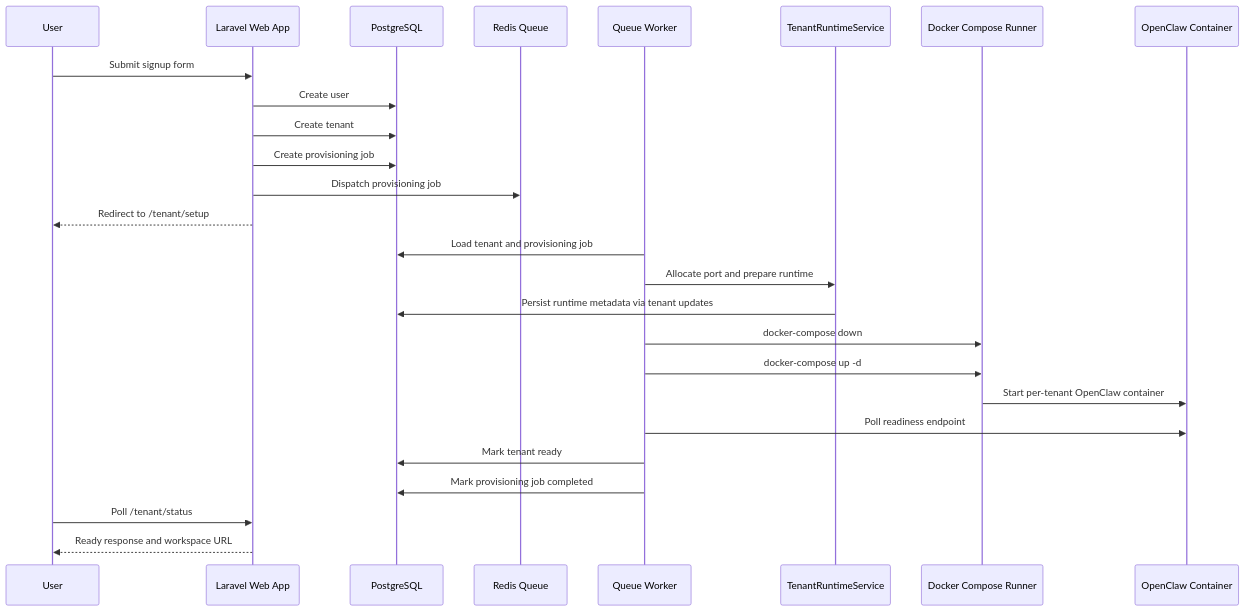
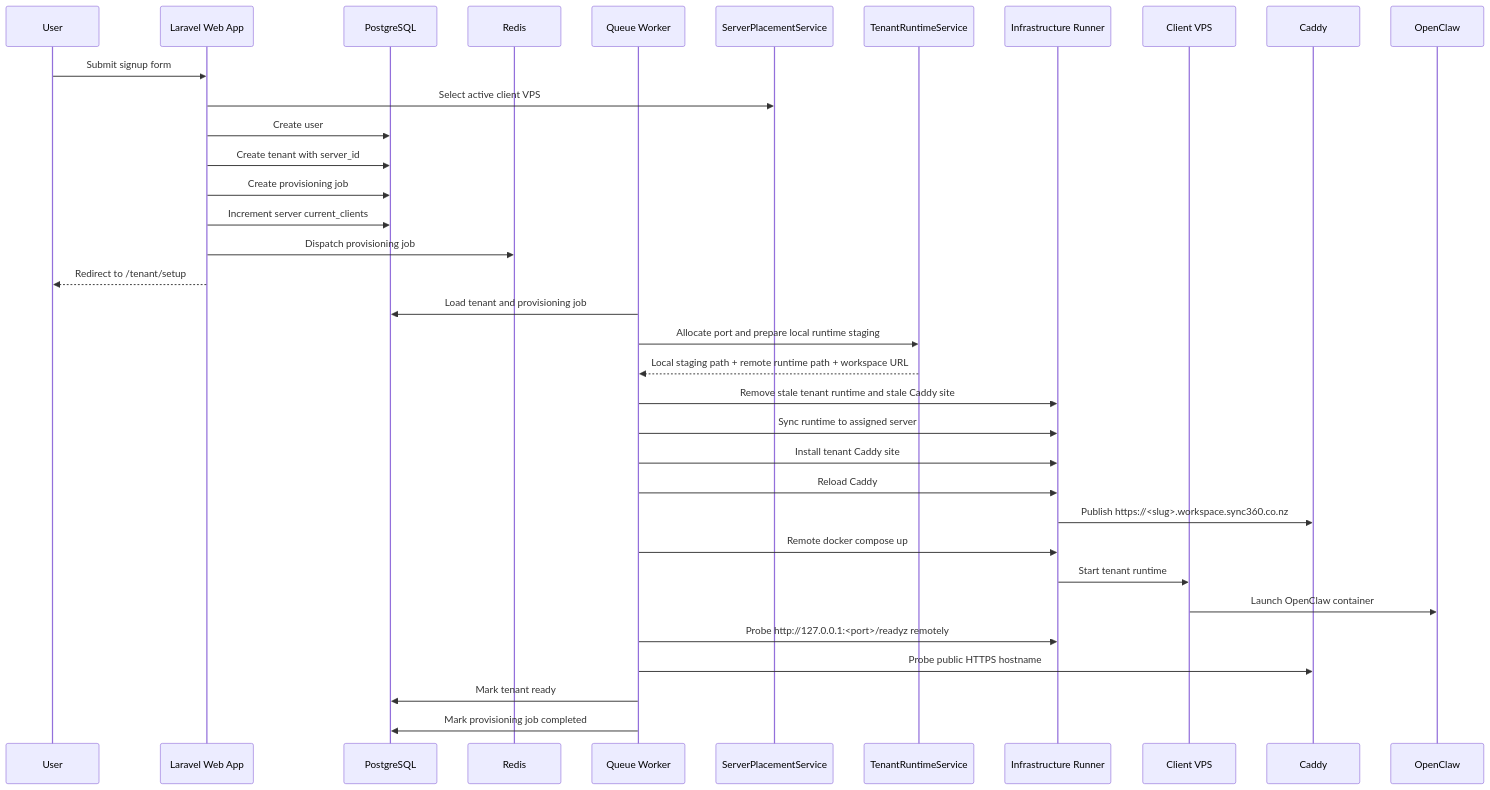
Before and after one commit to StyleAiLabs/control-app: the second of 2 diagrams in ARCHITECTURE.md, drawn with Mermaid. The commit also changed other lines of this file and 31 other files, not shown here.

Commit message:
Add VPS-ready client deployment architecture

````diff
--- a/ARCHITECTURE.md
+++ b/ARCHITECTURE.md
@@ -670,30 +674,39 @@
 ```mermaid
 sequenceDiagram
-    participant U as User
+    participant USER as User
     participant WEB as Laravel Web App
     participant DB as PostgreSQL
-    participant REDIS as Redis Queue
+    participant REDIS as Redis
     participant WORKER as Queue Worker
+    participant SERVER as ServerPlacementService
     participant RT as TenantRuntimeService
-    participant DOCKER as Docker Compose Runner
-    participant OC as OpenClaw Container
+    participant RUNNER as Infrastructure Runner
+    participant VPS as Client VPS
+    participant CADDY as Caddy
+    participant OC as OpenClaw
 
-    U->>WEB: Submit signup form
+    USER->>WEB: Submit signup form
+    WEB->>SERVER: Select active client VPS
     WEB->>DB: Create user
-    WEB->>DB: Create tenant
+    WEB->>DB: Create tenant with server_id
     WEB->>DB: Create provisioning job
+    WEB->>DB: Increment server current_clients
     WEB->>REDIS: Dispatch provisioning job
-    WEB-->>U: Redirect to /tenant/setup
+    WEB-->>USER: Redirect to /tenant/setup
 
     WORKER->>DB: Load tenant and provisioning job
-    WORKER->>RT: Allocate port and prepare runtime
-    RT->>DB: Persist runtime metadata via tenant updates
-    WORKER->>DOCKER: docker-compose down
-    WORKER->>DOCKER: docker-compose up -d
-    DOCKER->>OC: Start per-tenant OpenClaw container
-    WORKER->>OC: Poll readiness endpoint
+    WORKER->>RT: Allocate port and prepare local runtime staging
+    RT-->>WORKER: Local staging path + remote runtime path + workspace URL
+    WORKER->>RUNNER: Remove stale tenant runtime and stale Caddy site
+    WORKER->>RUNNER: Sync runtime to assigned server
+    WORKER->>RUNNER: Install tenant Caddy site
+    WORKER->>RUNNER: Reload Caddy
+    RUNNER->>CADDY: Publish https://<slug>.workspace.sync360.co.nz
+    WORKER->>RUNNER: Remote docker compose up
+    RUNNER->>VPS: Start tenant runtime
+    VPS->>OC: Launch OpenClaw container
+    WORKER->>RUNNER: Probe http://127.0.0.1:<port>/readyz remotely
+    WORKER->>CADDY: Probe public HTTPS hostname
     WORKER->>DB: Mark tenant ready
     WORKER->>DB: Mark provisioning job completed
-    U->>WEB: Poll /tenant/status
-    WEB-->>U: Ready response and workspace URL
 ```
````
